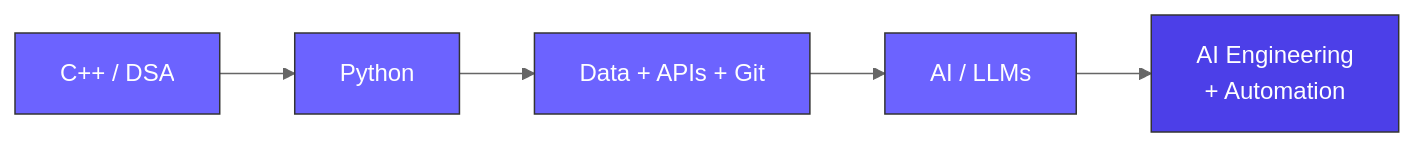
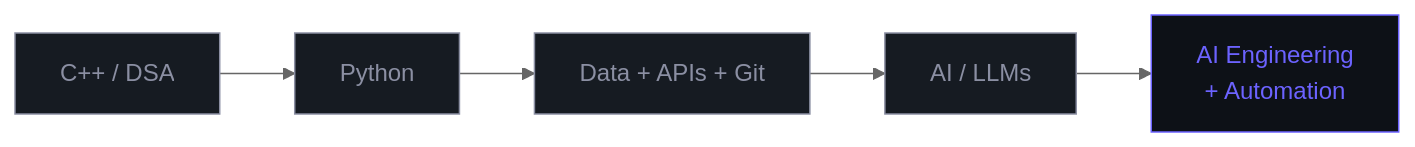
Before and after one commit to laraib-builds/laraib-builds: the first of 3 diagrams in README.md, drawn with Mermaid (neutral theme). The commit also changed other lines of this file, not shown here.

````diff
--- a/README.md
+++ b/README.md
@@ -21,13 +24,13 @@
 ```mermaid
 flowchart LR
     A[C++ / DSA] --> B[Python]
     B --> C[Data + APIs + Git]
     C --> D[AI / LLMs]
     D --> E[AI Engineering<br/>+ Automation]
 
-    style A fill:#6C63FF,stroke:#333,color:#fff
-    style B fill:#6C63FF,stroke:#333,color:#fff
-    style C fill:#6C63FF,stroke:#333,color:#fff
-    style D fill:#6C63FF,stroke:#333,color:#fff
-    style E fill:#4C3FE8,stroke:#333,color:#fff
+    style A fill:#161b22,stroke:#8B8FA3,color:#8B8FA3
+    style B fill:#161b22,stroke:#8B8FA3,color:#8B8FA3
+    style C fill:#161b22,stroke:#8B8FA3,color:#8B8FA3
+    style D fill:#161b22,stroke:#8B8FA3,color:#8B8FA3
+    style E fill:#0d1117,stroke:#6C63FF,color:#6C63FF
 ```
````
